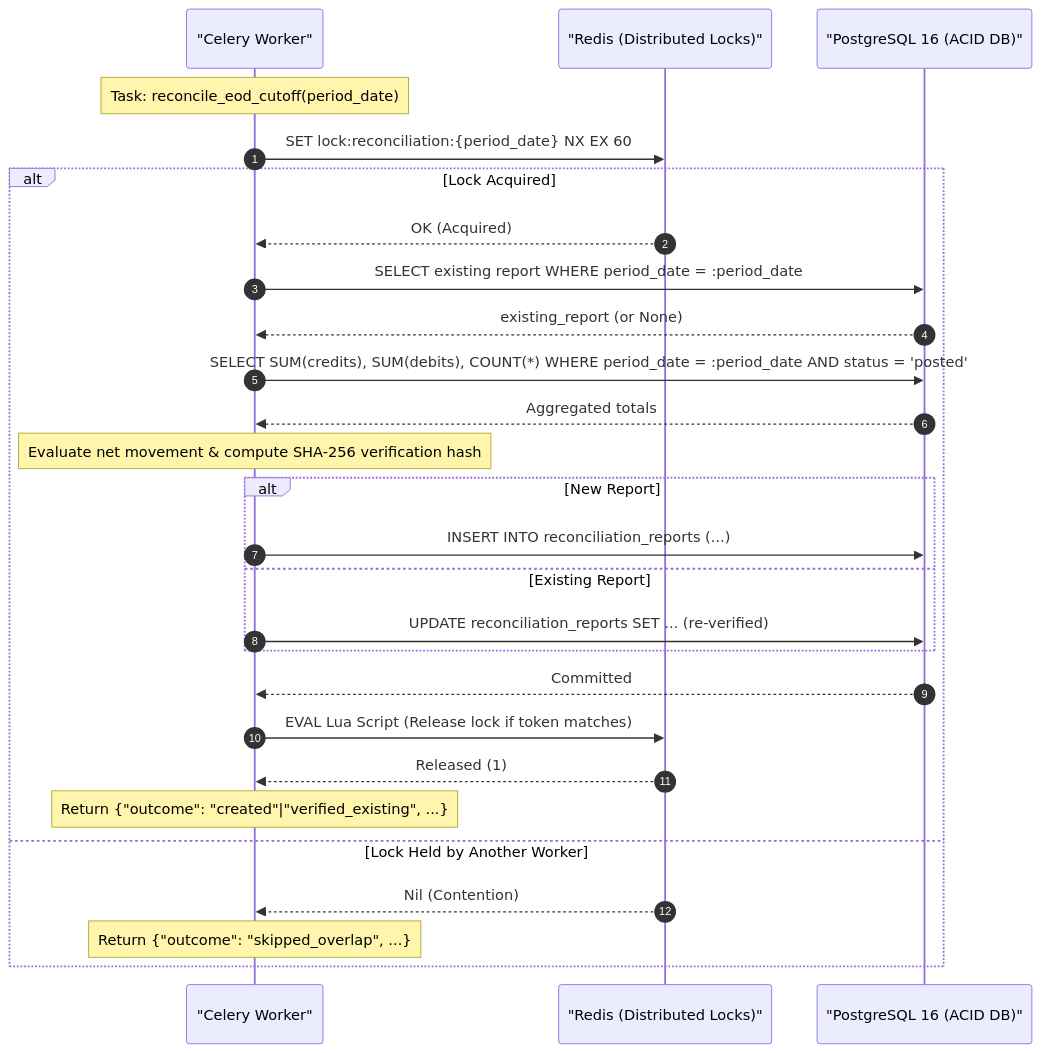
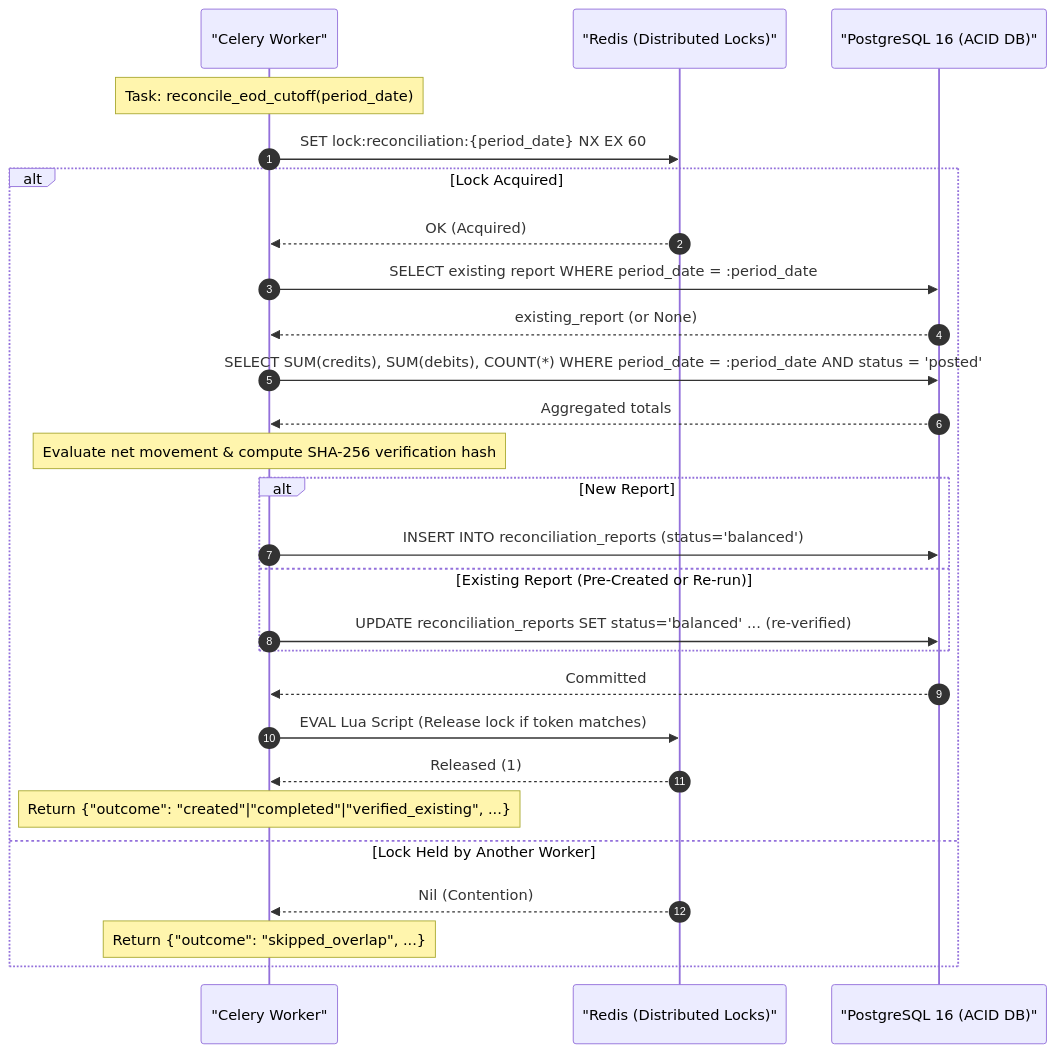
One commit to Santiagus/Python changed the fifth of 8 diagrams in Celery/2_Advanced_Celery_Topics/04_scheduling/docs/ARCHITECTURE_AND_STANDARDS.md. Above: the diagram before and after it, drawn with Mermaid. The commit also changed other lines of this file and 1 other file, not shown here.

Commit message:
docs(04_scheduling): align schema and architecture sequence diagrams with direct processing in-flight state
- Update ReconciliationReportItem status description in app/schemas.py to explicitly list processing, balanced, discrepancy_detected, failed
- Clarify contention handling outcome terminology (outcome='skipped_overlap') in Section 4 of docs/ARCHITECTURE_AND_STANDARDS.md
- Update Milestone 2 and Milestone 3 sequence diagrams in docs/ARCHITECTURE_AND_STANDARDS.md to illustrate pre-persistence of processing status before AMQP dispatch and in-flight transition to balanced

````diff
--- a/Celery/2_Advanced_Celery_Topics/04_scheduling/docs/ARCHITECTURE_AND_STANDARDS.md
+++ b/Celery/2_Advanced_Celery_Topics/04_scheduling/docs/ARCHITECTURE_AND_STANDARDS.md
@@ -409,30 +409,30 @@
 ```mermaid
 sequenceDiagram
     autonumber
     participant W as "Celery Worker"
     participant R as "Redis (Distributed Locks)"
     participant PG as "PostgreSQL 16 (ACID DB)"
 
     Note over W: Task: reconcile_eod_cutoff(period_date)
     W->>R: SET lock:reconciliation:{period_date} NX EX 60
     alt Lock Acquired
         R-->>W: OK (Acquired)
         W->>PG: SELECT existing report WHERE period_date = :period_date
         PG-->>W: existing_report (or None)
         W->>PG: SELECT SUM(credits), SUM(debits), COUNT(*) WHERE period_date = :period_date AND status = 'posted'
         PG-->>W: Aggregated totals
         Note over W: Evaluate net movement & compute SHA-256 verification hash
         alt New Report
-            W->>PG: INSERT INTO reconciliation_reports (...)
-        else Existing Report
-            W->>PG: UPDATE reconciliation_reports SET ... (re-verified)
+            W->>PG: INSERT INTO reconciliation_reports (status='balanced')
+        else Existing Report (Pre-Created or Re-run)
+            W->>PG: UPDATE reconciliation_reports SET status='balanced' ... (re-verified)
         end
         PG-->>W: Committed
         W->>R: EVAL Lua Script (Release lock if token matches)
         R-->>W: Released (1)
-        Note over W: Return {"outcome": "created"|"verified_existing", ...}
+        Note over W: Return {"outcome": "created"|"completed"|"verified_existing", ...}
     else Lock Held by Another Worker
         R-->>W: Nil (Contention)
         Note over W: Return {"outcome": "skipped_overlap", ...}
     end
 ```
````
